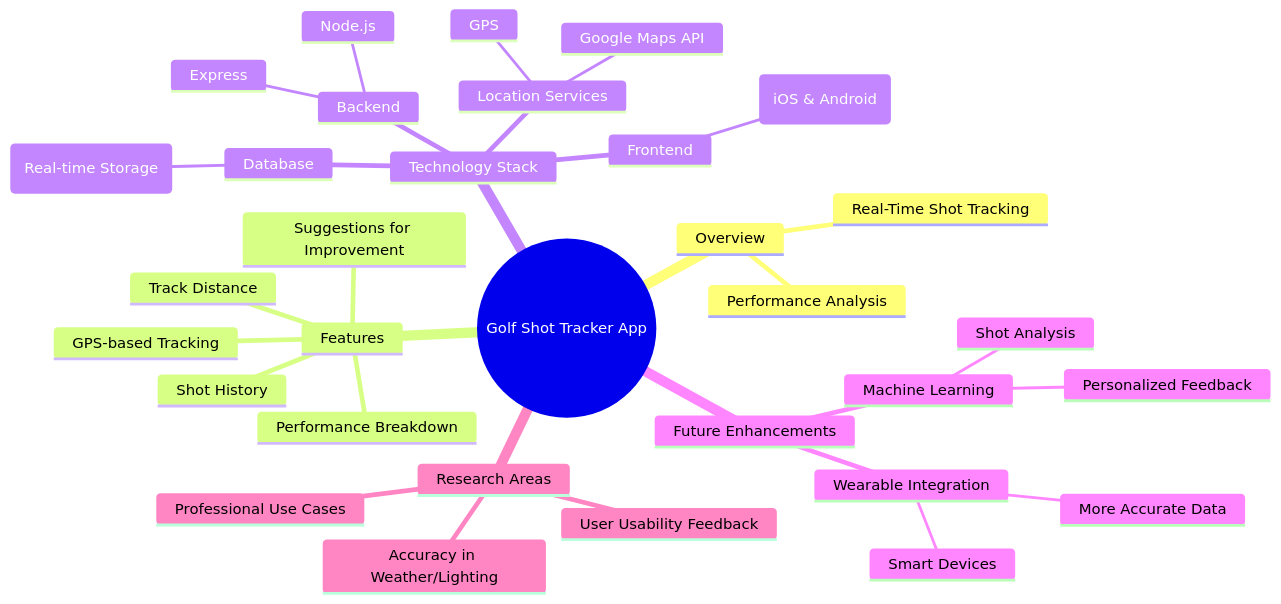
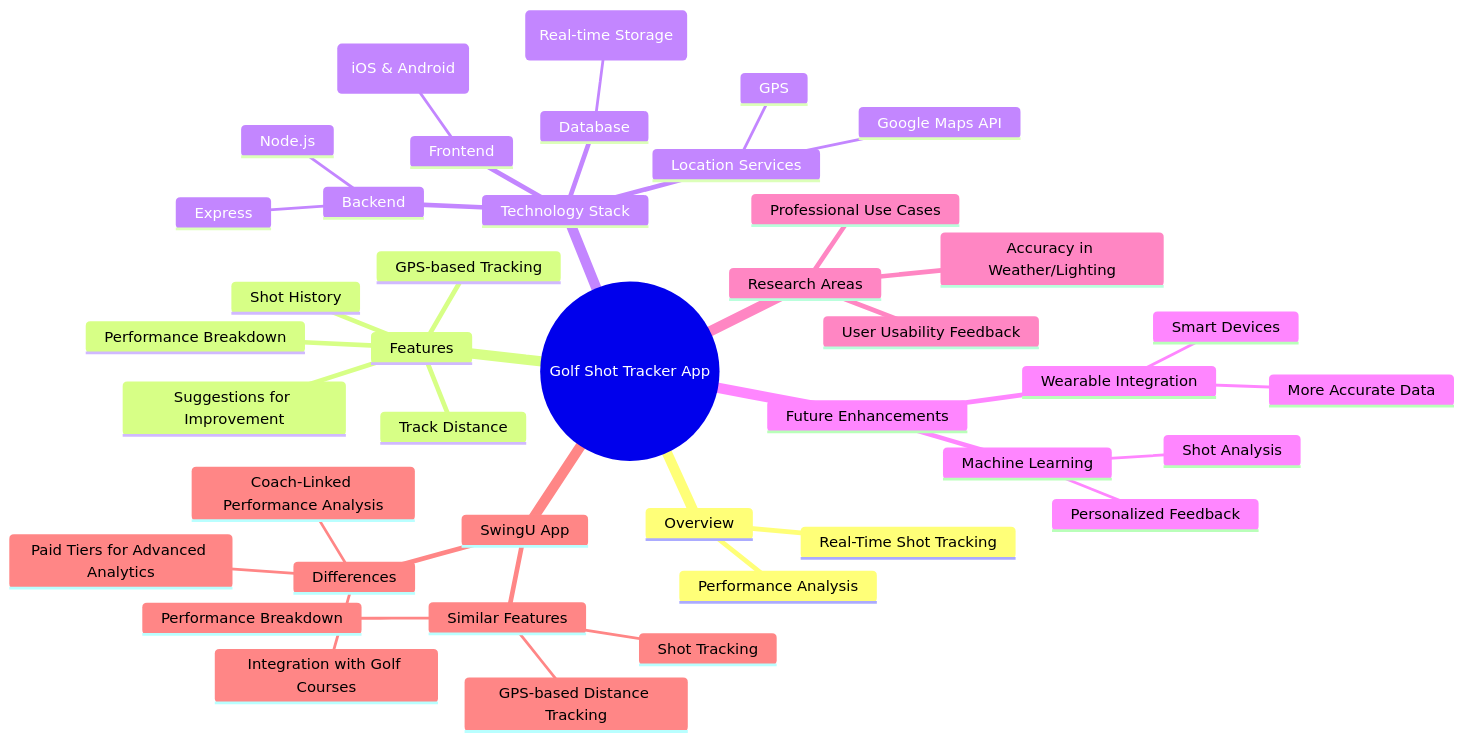
Before and after one commit to realmarkmolloy/golf-app-fyp-cs: the diagram in docs/diagrams/mind-map.mmd, drawn with Mermaid. The commit also changed 7 other files, not shown here.

```diff
--- a/docs/diagrams/mind-map.mmd
+++ b/docs/diagrams/mind-map.mmd
@@ -1,33 +1,42 @@
 mindmap
   root((Golf Shot Tracker App))
     Overview
       Real-Time Shot Tracking
       Performance Analysis
     Features
       Track Distance
       GPS-based Tracking
       Shot History
       Performance Breakdown
       Suggestions for Improvement
     Technology Stack
       Frontend
         React Native (iOS & Android)
       Backend
         Node.js
         Express
       Database
         Firebase (Real-time Storage)
       Location Services
         GPS
         Google Maps API
     Future Enhancements
       Machine Learning
         Shot Analysis
         Personalized Feedback
       Wearable Integration
         Smart Devices
         More Accurate Data
     Research Areas
       Accuracy in Weather/Lighting
       User Usability Feedback
       Professional Use Cases
+    SwingU App
+      Similar Features
+        Shot Tracking
+        Performance Breakdown
+        GPS-based Distance Tracking
+      Differences
+        Paid Tiers for Advanced Analytics
+        Integration with Golf Courses
+        Coach-Linked Performance Analysis
```
